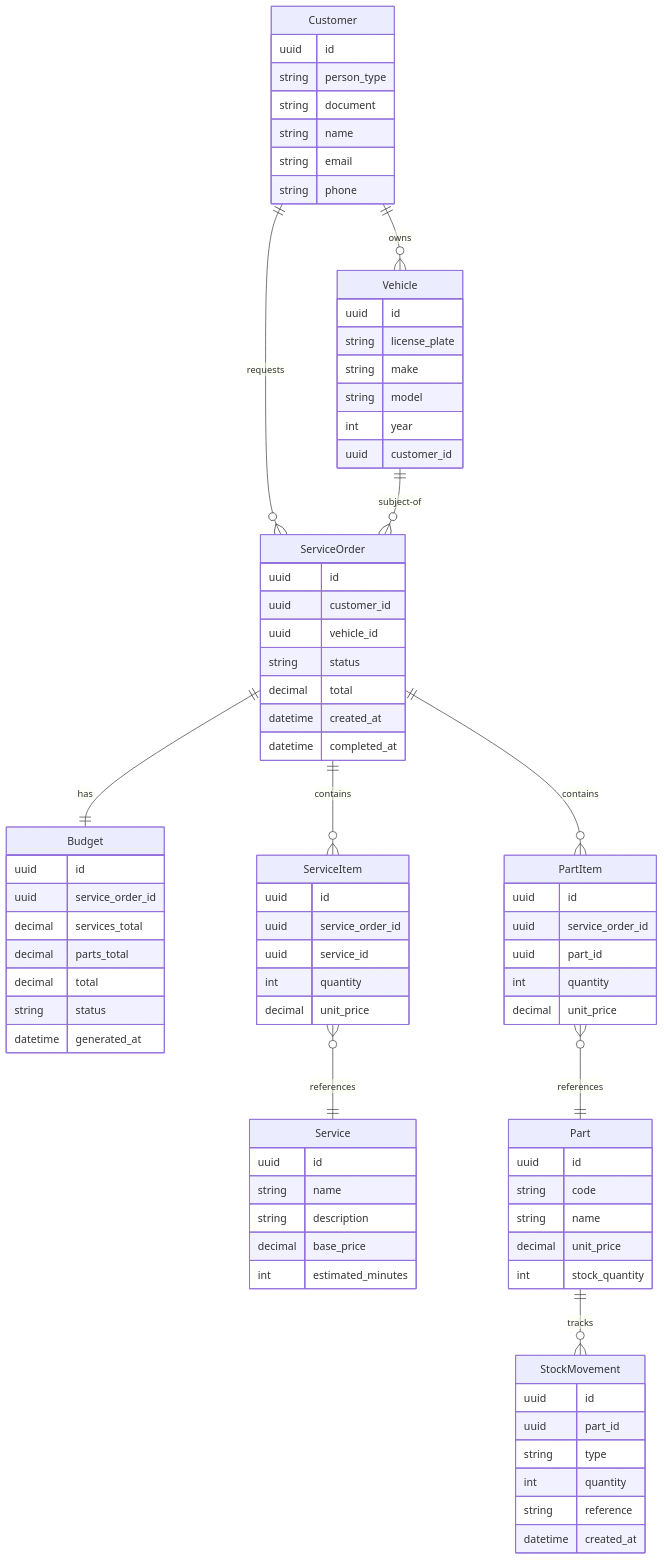
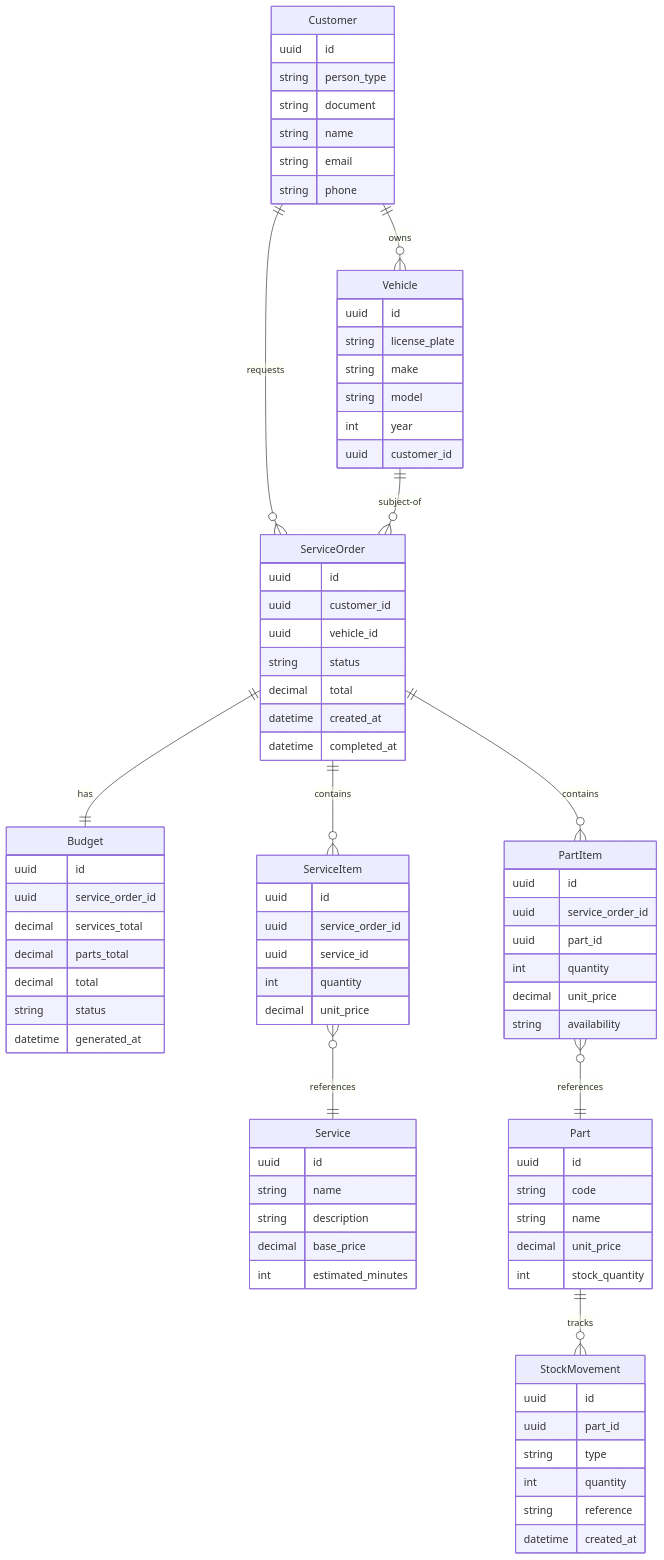
The diagram in docs/domain/aggregates-and-entities.md (rnataoliveira/mechanics-software), drawn with Mermaid before and after one commit. The commit also changed other lines of this file and 1 other file, not shown here.

```diff
--- a/docs/domain/aggregates-and-entities.md
+++ b/docs/domain/aggregates-and-entities.md
@@ -65,6 +65,7 @@
         uuid part_id
         int quantity
         decimal unit_price
+        string availability
     }
     StockMovement {
         uuid id
```
